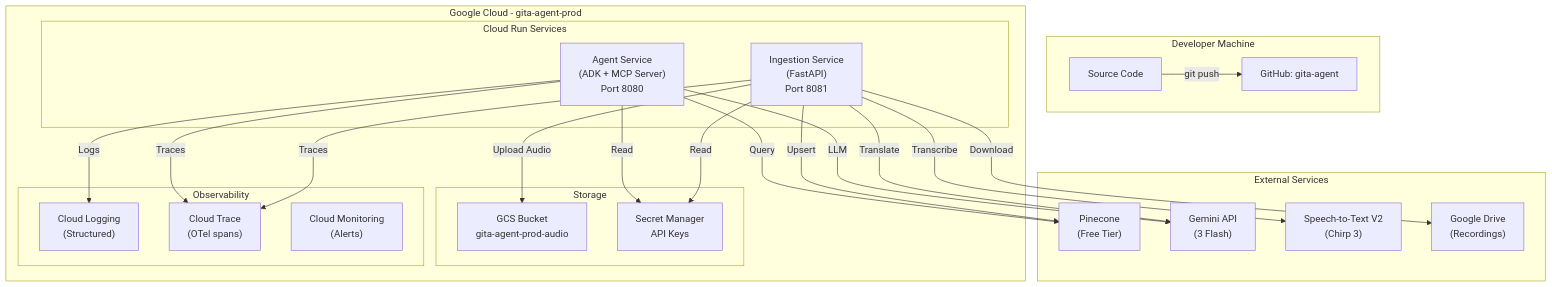
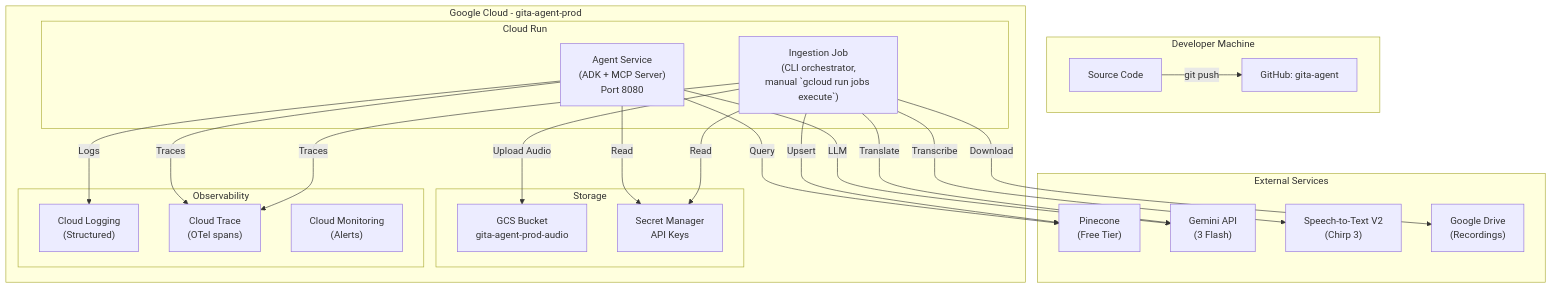
Before and after one commit to udayauma/gita-agent: the fourth of 4 diagrams in docs/detailed_technical_design.md, drawn with Mermaid. The commit also changed other lines of this file and 2 other files, not shown here.

First line of the commit message:
Pivot Phase 4.6 ingestion from FastAPI service to Cloud Run Job + CLI

````diff
--- a/docs/detailed_technical_design.md
+++ b/docs/detailed_technical_design.md
@@ -448,44 +443,44 @@
 ```mermaid
 graph TD
     subgraph "Developer Machine"
         Code[Source Code] -->|git push| GH[GitHub: gita-agent]
     end
 
     subgraph "Google Cloud - gita-agent-prod"
-        subgraph "Cloud Run Services"
+        subgraph "Cloud Run"
             AgentSvc["Agent Service<br/>(ADK + MCP Server)<br/>Port 8080"]
-            IngestSvc["Ingestion Service<br/>(FastAPI)<br/>Port 8081"]
+            IngestJob["Ingestion Job<br/>(CLI orchestrator,<br/>manual `gcloud run jobs execute`)"]
         end
 
         subgraph "Storage"
             GCS_Audio["GCS Bucket<br/>gita-agent-prod-audio"]
             SM["Secret Manager<br/>API Keys"]
         end
 
         subgraph "Observability"
             CL["Cloud Logging<br/>(Structured)"]
             CT["Cloud Trace<br/>(OTel spans)"]
             CM["Cloud Monitoring<br/>(Alerts)"]
         end
     end
 
     subgraph "External Services"
         Pinecone["Pinecone<br/>(Free Tier)"]
         Gemini["Gemini API<br/>(3 Flash)"]
         STT["Speech-to-Text V2<br/>(Chirp 3)"]
         GDrive["Google Drive<br/>(Recordings)"]
     end
 
     AgentSvc -->|Query| Pinecone
     AgentSvc -->|LLM| Gemini
     AgentSvc -->|Logs| CL
     AgentSvc -->|Traces| CT
-    IngestSvc -->|Traces| CT
-    IngestSvc -->|Download| GDrive
-    IngestSvc -->|Upload Audio| GCS_Audio
-    IngestSvc -->|Transcribe| STT
-    IngestSvc -->|Translate| Gemini
-    IngestSvc -->|Upsert| Pinecone
+    IngestJob -->|Traces| CT
+    IngestJob -->|Download| GDrive
+    IngestJob -->|Upload Audio| GCS_Audio
+    IngestJob -->|Transcribe| STT
+    IngestJob -->|Translate| Gemini
+    IngestJob -->|Upsert| Pinecone
     AgentSvc -->|Read| SM
-    IngestSvc -->|Read| SM
+    IngestJob -->|Read| SM
 ```
````
